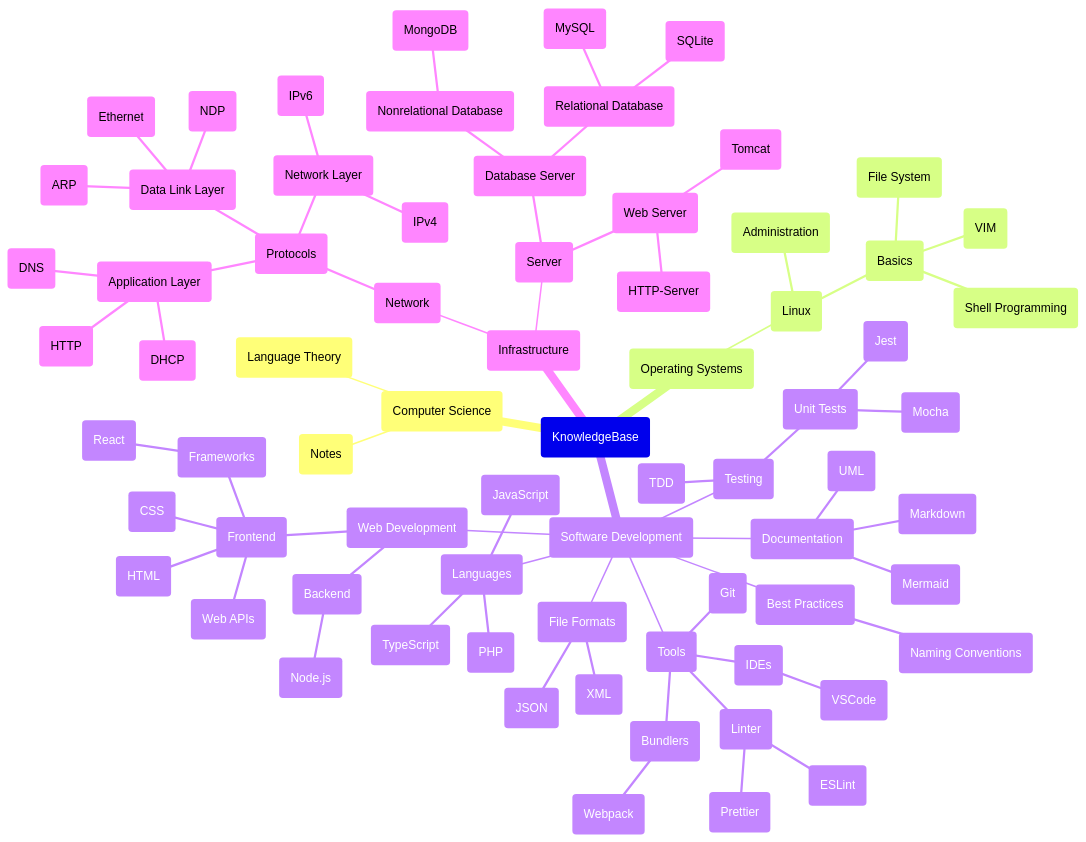
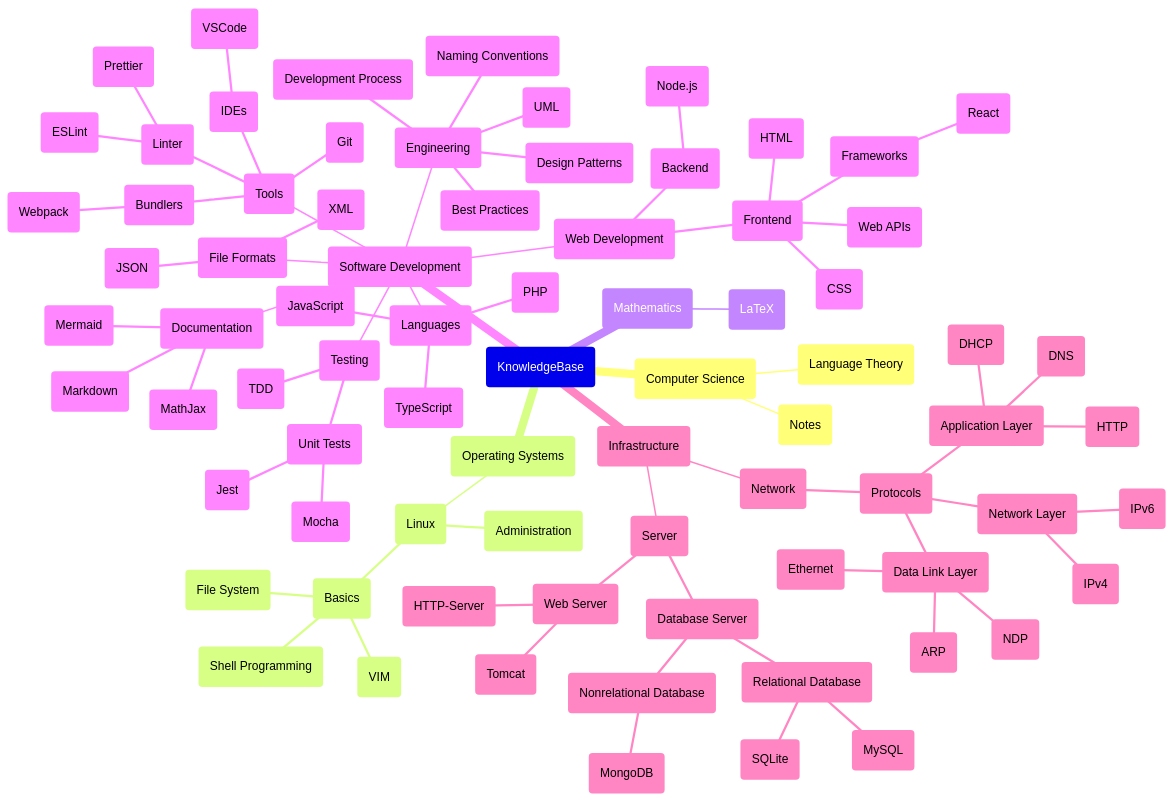
Before and after one commit to lcov29/knowledgeBase: the first of 2 diagrams in README.md, drawn with Mermaid. The commit also changed other lines of this file, not shown here.

Commit message:
add topics to mindmap and update learning roadmap

````diff
--- a/README.md
+++ b/README.md
@@ -5,78 +4,82 @@
 ```mermaid
 mindmap
    (KnowledgeBase)
       (Computer Science)
          (Language Theory)
          (Notes)
       (Operating Systems)
          (Linux)
             (Basics)
                (File System)
                (Shell Programming)
                (VIM)
             (Administration)
-
+      (Mathematics)
+         (LaTeX)
       (Software Development)
          (File Formats)
             (JSON)
             (XML)
          (Tools)
             (Git)
             (IDEs)
                (VSCode)
             (Linter)
                (ESLint)
                (Prettier)
             (Bundlers)
                (Webpack)
-         (Best Practices)
+         (Engineering)
+            (UML)
+            (Design Patterns)
+            (Best Practices)
+            (Development Process)
             (Naming Conventions)
          (Documentation)
             (Markdown)
             (Mermaid)
-            (UML)
+            (MathJax)
          (Testing)
             (TDD)
             (Unit Tests)
                (Jest)
                (Mocha)
          (Languages)
             (JavaScript)
             (TypeScript)
             (PHP)
          (Web Development)
             (Backend)
                (Node.js)
             (Frontend)
                (HTML)
                (CSS)
                (Frameworks)
                   (React)
             
                (Web APIs)
       (Infrastructure)
          (Network)
             (Protocols)
                (Application Layer)
                   (DHCP)
                   (DNS)
                   (HTTP)
                (Network Layer)
                   (IPv4)
                   (IPv6)
                (Data Link Layer)
                   (ARP)
                   (NDP)
                   (Ethernet)
          (Server)
             (Database Server)
                (Relational Database)
                   (MySQL)
                   (SQLite)
                (Nonrelational Database)
                   (MongoDB)
             (Web Server)
                (Tomcat)
                (HTTP-Server)
-
 ```
````
